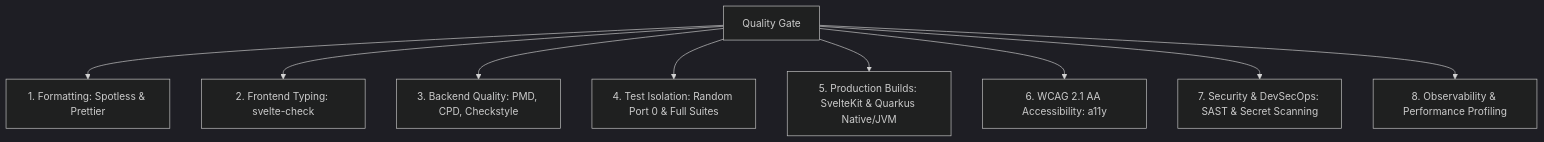
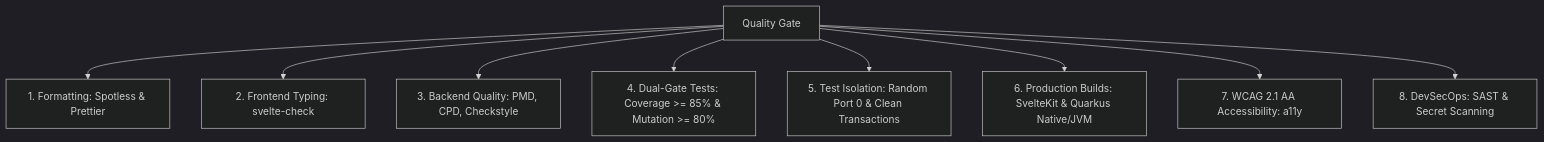
Before and after one commit to fmatar/sealit: the diagram in .agent/skills/sdlc-quality-gate/SKILL.md, drawn with Mermaid (dark theme). The commit also changed other lines of this file and 26 other files, not shown here.

Commit message:
feat: universal stack discovery engine, Uncle Bob test suite, and 100% traceability architecture

````diff
--- a/.agent/skills/sdlc-quality-gate/SKILL.md
+++ b/.agent/skills/sdlc-quality-gate/SKILL.md
@@ -17,11 +17,11 @@
 ```mermaid
 graph TD
     A[Quality Gate] --> B[1. Formatting: Spotless & Prettier]
     A --> C[2. Frontend Typing: svelte-check]
     A --> D[3. Backend Quality: PMD, CPD, Checkstyle]
-    A --> E[4. Test Isolation: Random Port 0 & Full Suites]
-    A --> F[5. Production Builds: SvelteKit & Quarkus Native/JVM]
-    A --> G[6. WCAG 2.1 AA Accessibility: a11y]
-    A --> H[7. Security & DevSecOps: SAST & Secret Scanning]
-    A --> I[8. Observability & Performance Profiling]
+    A --> E[4. Dual-Gate Tests: Coverage >= 85% & Mutation >= 80%]
+    A --> F[5. Test Isolation: Random Port 0 & Clean Transactions]
+    A --> G[6. Production Builds: SvelteKit & Quarkus Native/JVM]
+    A --> H[7. WCAG 2.1 AA Accessibility: a11y]
+    A --> I[8. DevSecOps: SAST & Secret Scanning]
 ```
````
